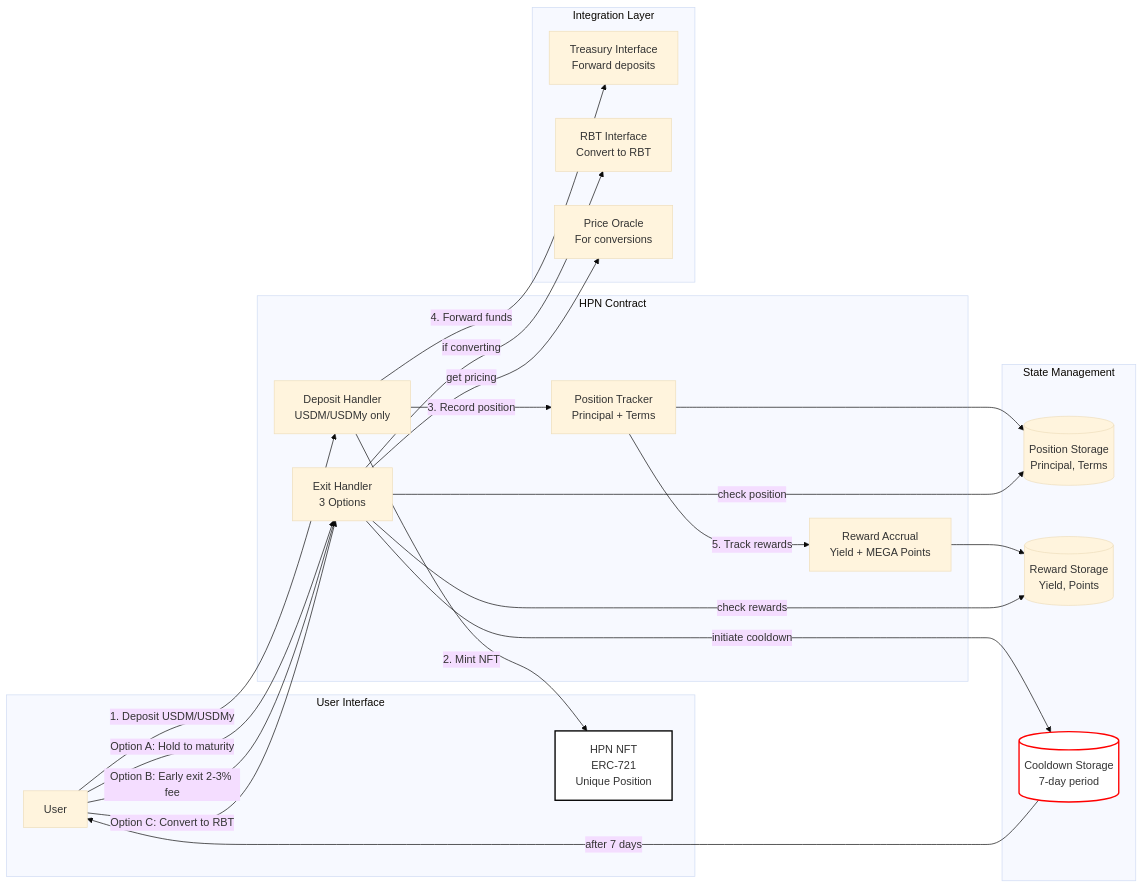
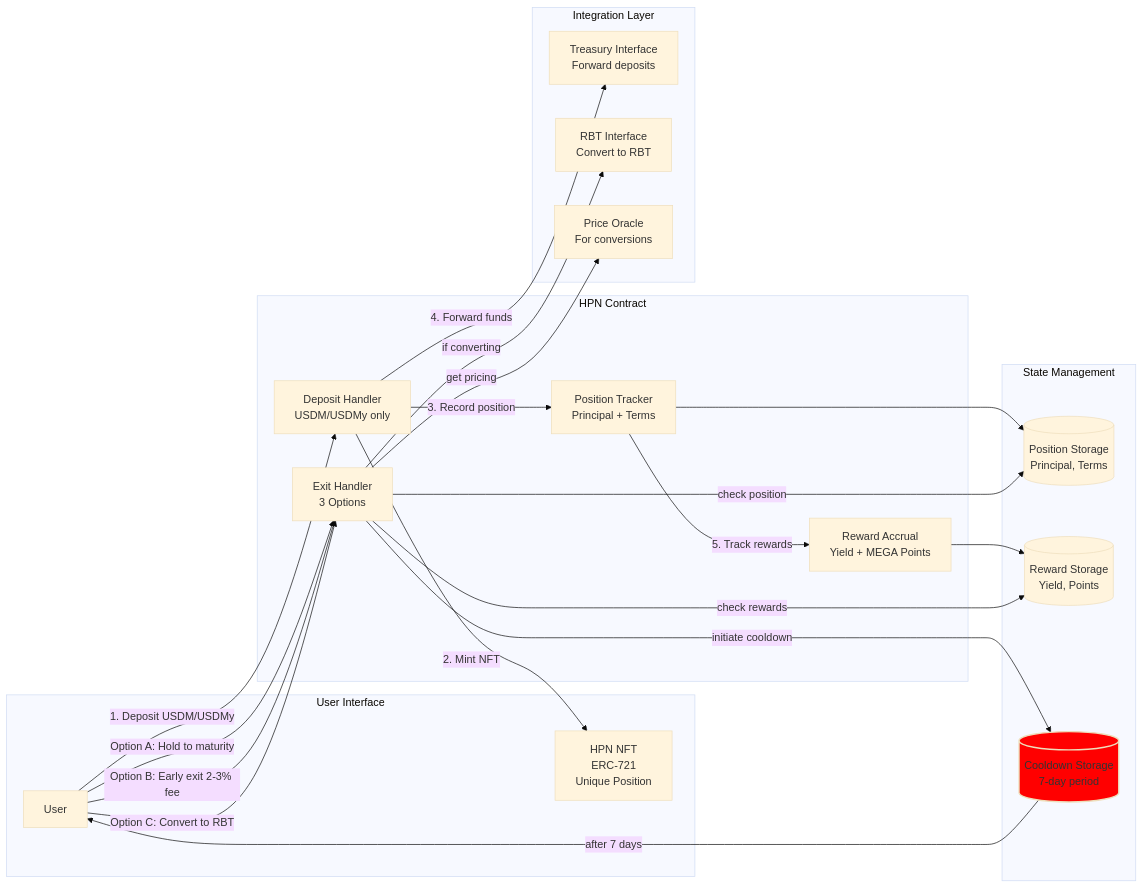
The fifth of 7 diagrams in blackhaven-architecture-diagrams.md (0xJaehaerys/ohmega), drawn with Mermaid (base theme) before and after one commit. The commit also changed other lines of this file and 6 other files, not shown here.

First line of the commit message:
Remove white color from all diagrams

````diff
--- a/blackhaven-architecture-diagrams.md
+++ b/blackhaven-architecture-diagrams.md
@@ -271,52 +265,51 @@
 ```mermaid
 graph LR
     subgraph "User Interface"
         USER[User]
         NFT[HPN NFT<br/>ERC-721<br/>Unique Position]
     end
     
     subgraph "HPN Contract"
         DEPOSIT_HANDLER[Deposit Handler<br/>USDM/USDMy only]
         POSITION_TRACKER[Position Tracker<br/>Principal + Terms]
         REWARD_ACCRUAL[Reward Accrual<br/>Yield + MEGA Points]
         EXIT_HANDLER[Exit Handler<br/>3 Options]
     end
     
     subgraph "State Management"
         POSITIONS[(Position Storage<br/>Principal, Terms)]
         REWARDS[(Reward Storage<br/>Yield, Points)]
         COOLDOWNS[(Cooldown Storage<br/>7-day period)]
     end
     
     subgraph "Integration Layer"
         TREASURY_INT[Treasury Interface<br/>Forward deposits]
         RBT_INT[RBT Interface<br/>Convert to RBT]
         ORACLE[Price Oracle<br/>For conversions]
     end
     
     USER -->|1. Deposit USDM/USDMy| DEPOSIT_HANDLER
     DEPOSIT_HANDLER -->|2. Mint NFT| NFT
     DEPOSIT_HANDLER -->|3. Record position| POSITION_TRACKER
     POSITION_TRACKER --> POSITIONS
     
     DEPOSIT_HANDLER -->|4. Forward funds| TREASURY_INT
     
     POSITION_TRACKER -->|5. Track rewards| REWARD_ACCRUAL
     REWARD_ACCRUAL --> REWARDS
     
     USER -->|Option A: Hold to maturity| EXIT_HANDLER
     USER -->|Option B: Early exit 2-3% fee| EXIT_HANDLER
     USER -->|Option C: Convert to RBT| EXIT_HANDLER
     
     EXIT_HANDLER -->|check position| POSITIONS
     EXIT_HANDLER -->|check rewards| REWARDS
     EXIT_HANDLER -->|initiate cooldown| COOLDOWNS
     
     EXIT_HANDLER -->|if converting| RBT_INT
     EXIT_HANDLER -->|get pricing| ORACLE
     
     COOLDOWNS -->|after 7 days| USER
     
-    style NFT fill:#fff,stroke:#000,stroke-width:2px
-    style COOLDOWNS fill:#fff,stroke:#f00,stroke-width:2px
+    style COOLDOWNS fill:#f00,stroke-width:2px
 ```
````
